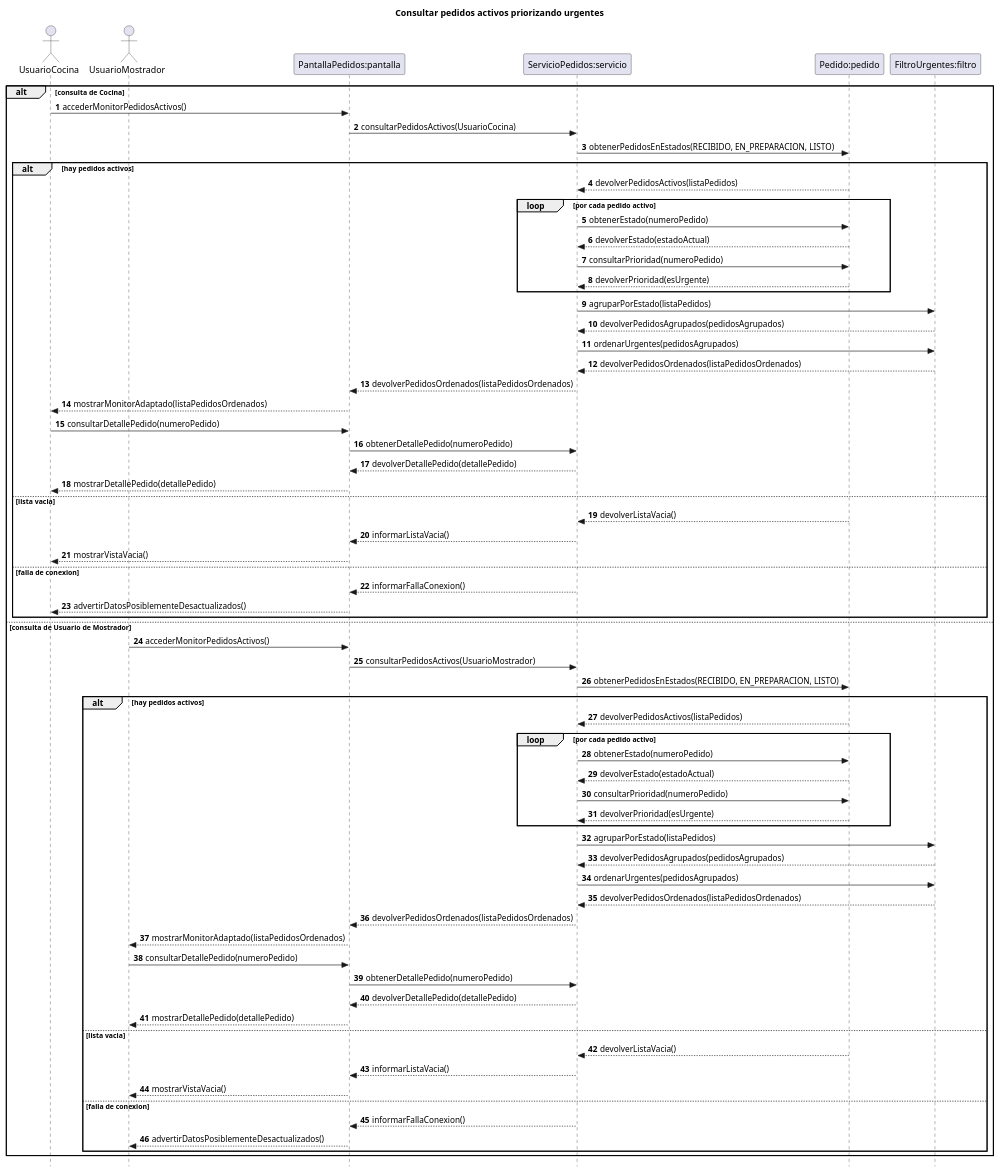
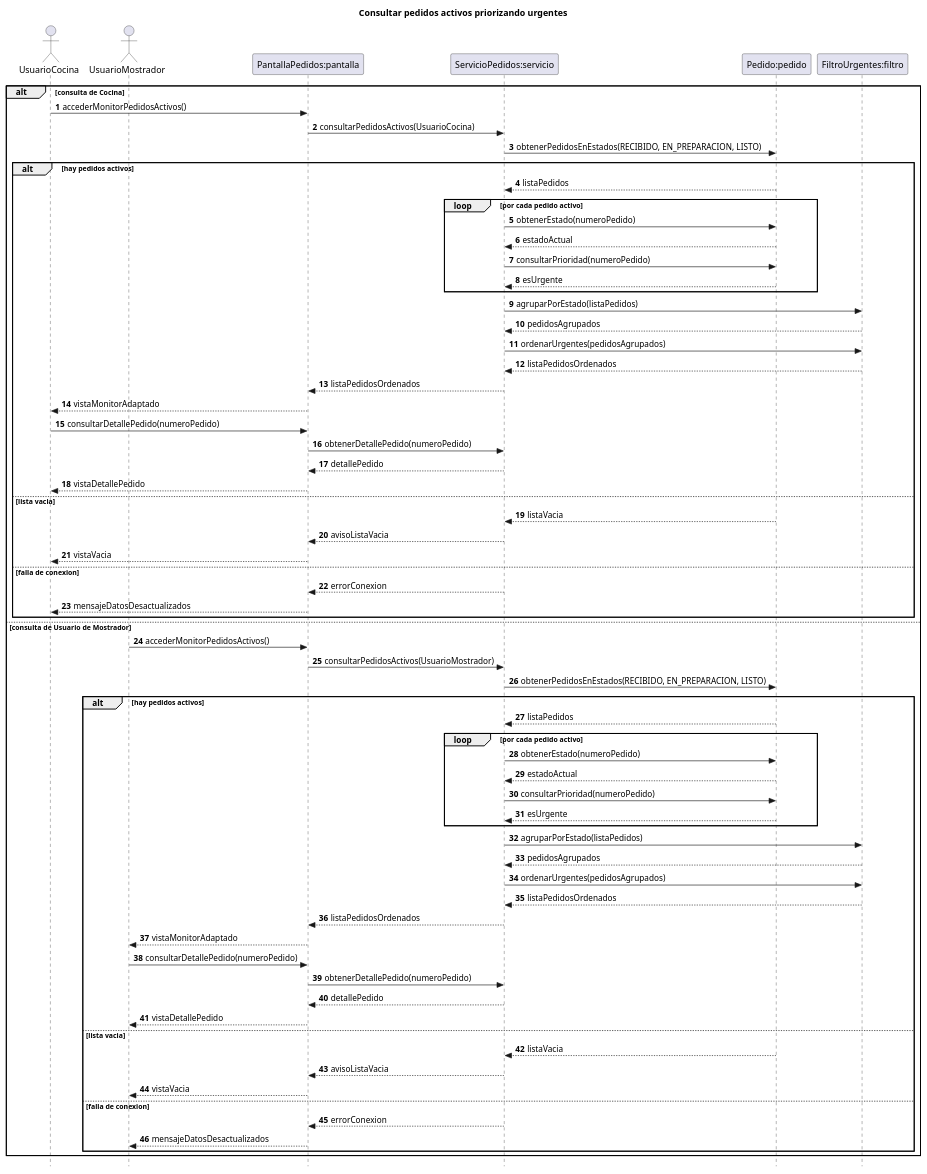
Before and after one commit to eloeyhe/SistemaPedidos: the diagram in diagramas/05-diagramas-secuencia/05-secuencia-consultar-pedidos-activos-prioridad-urgentes-05.puml, drawn with PlantUML. The commit also changed 9 other files, not shown here.

```diff
--- a/diagramas/05-diagramas-secuencia/05-secuencia-consultar-pedidos-activos-prioridad-urgentes-05.puml
+++ b/diagramas/05-diagramas-secuencia/05-secuencia-consultar-pedidos-activos-prioridad-urgentes-05.puml
@@ -1,75 +1,75 @@
 @startuml
 title Consultar pedidos activos priorizando urgentes
 autonumber
 skinparam style strictuml
 hide footbox
 
 actor UsuarioCocina
 actor UsuarioMostrador
 participant "PantallaPedidos:pantalla" as pantalla
 participant "ServicioPedidos:servicio" as servicio
 participant "Pedido:pedido" as pedido
 participant "FiltroUrgentes:filtro" as filtro
 
 alt consulta de Cocina
     UsuarioCocina -> pantalla : accederMonitorPedidosActivos()
     pantalla -> servicio : consultarPedidosActivos(UsuarioCocina)
     servicio -> pedido : obtenerPedidosEnEstados(RECIBIDO, EN_PREPARACION, LISTO)
     alt hay pedidos activos
-        pedido --> servicio : devolverPedidosActivos(listaPedidos)
+        pedido --> servicio : listaPedidos
         loop por cada pedido activo
             servicio -> pedido : obtenerEstado(numeroPedido)
-            pedido --> servicio : devolverEstado(estadoActual)
+            pedido --> servicio : estadoActual
             servicio -> pedido : consultarPrioridad(numeroPedido)
-            pedido --> servicio : devolverPrioridad(esUrgente)
+            pedido --> servicio : esUrgente
         end
         servicio -> filtro : agruparPorEstado(listaPedidos)
-        filtro --> servicio : devolverPedidosAgrupados(pedidosAgrupados)
+        filtro --> servicio : pedidosAgrupados
         servicio -> filtro : ordenarUrgentes(pedidosAgrupados)
-        filtro --> servicio : devolverPedidosOrdenados(listaPedidosOrdenados)
-        servicio --> pantalla : devolverPedidosOrdenados(listaPedidosOrdenados)
-        pantalla --> UsuarioCocina : mostrarMonitorAdaptado(listaPedidosOrdenados)
+        filtro --> servicio : listaPedidosOrdenados
+        servicio --> pantalla : listaPedidosOrdenados
+        pantalla --> UsuarioCocina : vistaMonitorAdaptado
         UsuarioCocina -> pantalla : consultarDetallePedido(numeroPedido)
         pantalla -> servicio : obtenerDetallePedido(numeroPedido)
-        servicio --> pantalla : devolverDetallePedido(detallePedido)
-        pantalla --> UsuarioCocina : mostrarDetallePedido(detallePedido)
+        servicio --> pantalla : detallePedido
+        pantalla --> UsuarioCocina : vistaDetallePedido
     else lista vacia
-        pedido --> servicio : devolverListaVacia()
-        servicio --> pantalla : informarListaVacia()
-        pantalla --> UsuarioCocina : mostrarVistaVacia()
+        pedido --> servicio : listaVacia
+        servicio --> pantalla : avisoListaVacia
+        pantalla --> UsuarioCocina : vistaVacia
     else falla de conexion
-        servicio --> pantalla : informarFallaConexion()
-        pantalla --> UsuarioCocina : advertirDatosPosiblementeDesactualizados()
+        servicio --> pantalla : errorConexion
+        pantalla --> UsuarioCocina : mensajeDatosDesactualizados
     end
 else consulta de Usuario de Mostrador
     UsuarioMostrador -> pantalla : accederMonitorPedidosActivos()
     pantalla -> servicio : consultarPedidosActivos(UsuarioMostrador)
     servicio -> pedido : obtenerPedidosEnEstados(RECIBIDO, EN_PREPARACION, LISTO)
     alt hay pedidos activos
-        pedido --> servicio : devolverPedidosActivos(listaPedidos)
+        pedido --> servicio : listaPedidos
         loop por cada pedido activo
             servicio -> pedido : obtenerEstado(numeroPedido)
-            pedido --> servicio : devolverEstado(estadoActual)
+            pedido --> servicio : estadoActual
             servicio -> pedido : consultarPrioridad(numeroPedido)
-            pedido --> servicio : devolverPrioridad(esUrgente)
+            pedido --> servicio : esUrgente
         end
         servicio -> filtro : agruparPorEstado(listaPedidos)
-        filtro --> servicio : devolverPedidosAgrupados(pedidosAgrupados)
+        filtro --> servicio : pedidosAgrupados
         servicio -> filtro : ordenarUrgentes(pedidosAgrupados)
-        filtro --> servicio : devolverPedidosOrdenados(listaPedidosOrdenados)
-        servicio --> pantalla : devolverPedidosOrdenados(listaPedidosOrdenados)
-        pantalla --> UsuarioMostrador : mostrarMonitorAdaptado(listaPedidosOrdenados)
+        filtro --> servicio : listaPedidosOrdenados
+        servicio --> pantalla : listaPedidosOrdenados
+        pantalla --> UsuarioMostrador : vistaMonitorAdaptado
         UsuarioMostrador -> pantalla : consultarDetallePedido(numeroPedido)
         pantalla -> servicio : obtenerDetallePedido(numeroPedido)
-        servicio --> pantalla : devolverDetallePedido(detallePedido)
-        pantalla --> UsuarioMostrador : mostrarDetallePedido(detallePedido)
+        servicio --> pantalla : detallePedido
+        pantalla --> UsuarioMostrador : vistaDetallePedido
     else lista vacia
-        pedido --> servicio : devolverListaVacia()
-        servicio --> pantalla : informarListaVacia()
-        pantalla --> UsuarioMostrador : mostrarVistaVacia()
+        pedido --> servicio : listaVacia
+        servicio --> pantalla : avisoListaVacia
+        pantalla --> UsuarioMostrador : vistaVacia
     else falla de conexion
-        servicio --> pantalla : informarFallaConexion()
-        pantalla --> UsuarioMostrador : advertirDatosPosiblementeDesactualizados()
+        servicio --> pantalla : errorConexion
+        pantalla --> UsuarioMostrador : mensajeDatosDesactualizados
     end
 end
 @enduml
```
